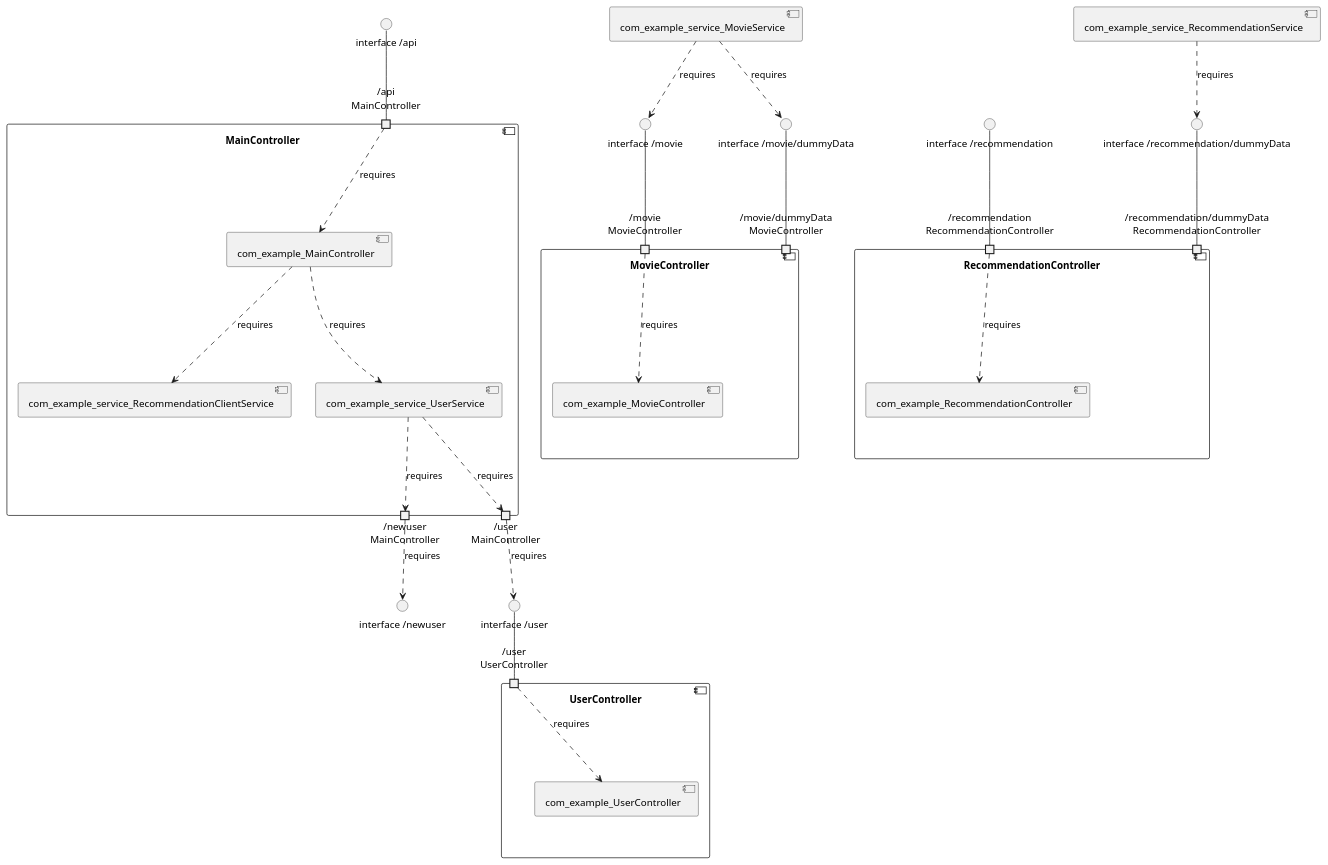
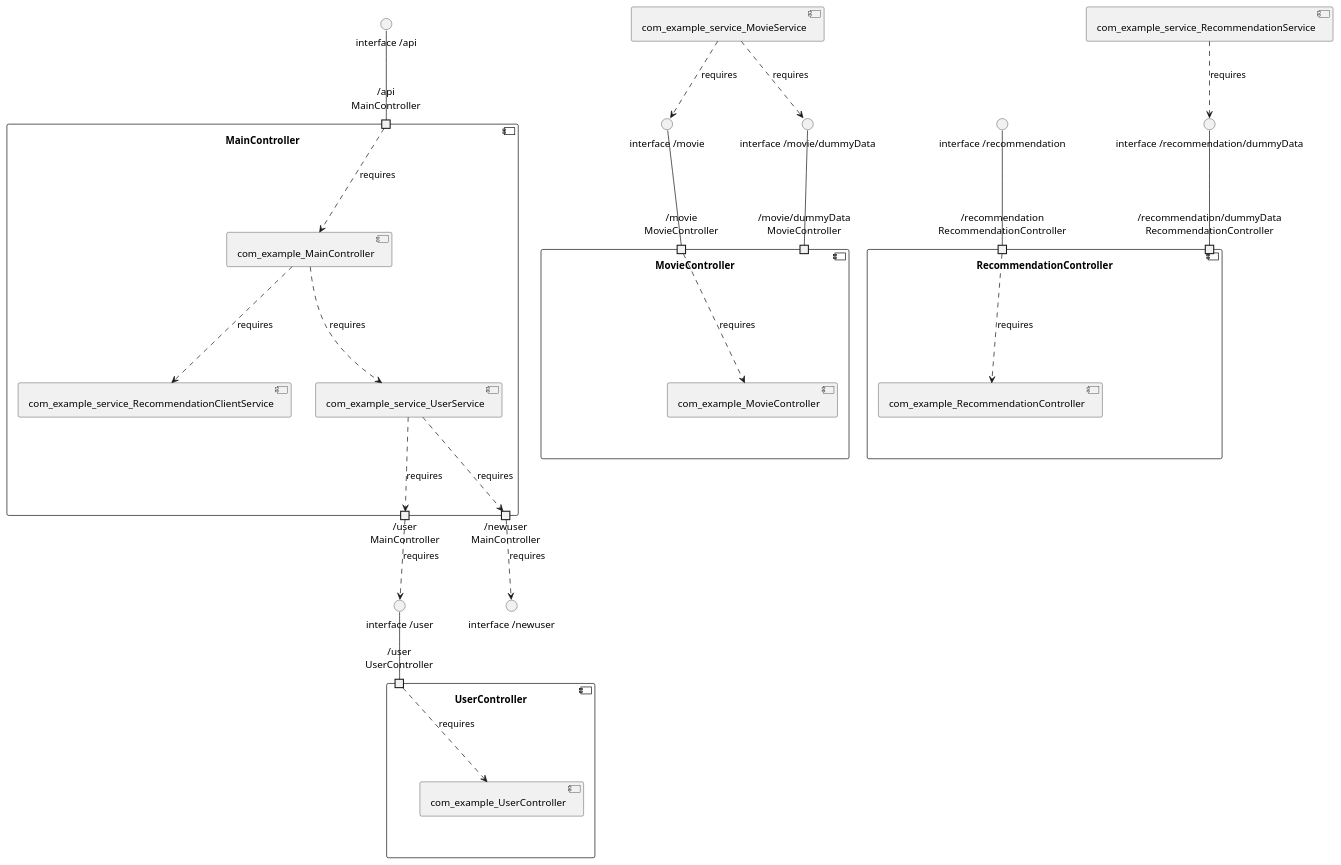
One commit to View-Based-Reverse-Engineering/Retriever-Benchmark changed the diagram in spring-cloud-movie-recommendation/model_re/uml/componentDiagram.puml. Above: the diagram before and after it, drawn with PlantUML. The commit also changed other lines of this file and 132 other files, not shown here.

```diff
--- a/spring-cloud-movie-recommendation/model_re/uml/componentDiagram.puml
+++ b/spring-cloud-movie-recommendation/model_re/uml/componentDiagram.puml
@@ -1,45 +1,45 @@
 @startuml
 skinparam fixCircleLabelOverlapping true
 component "MainController\n\n\n\n\n\n" {
+[com_example_MainController]
+[com_example_service_UserService]
 [com_example_service_RecommendationClientService]
-[com_example_service_UserService]
-[com_example_MainController]
 portin "/api\nMainController"
+portout "/user\nMainController"
 portout "/newuser\nMainController"
-portout "/user\nMainController"
 [com_example_MainController]..>[com_example_service_UserService] : requires
 [com_example_MainController]..>[com_example_service_RecommendationClientService] : requires
 "/api\nMainController"..>[com_example_MainController] : requires
 [com_example_service_UserService]..>"/user\nMainController" : requires
 [com_example_service_UserService]..>"/newuser\nMainController" : requires
 }
 "interface /api"--"/api\nMainController"
 "/user\nMainController"..>"interface /user" : requires
 "/newuser\nMainController"..>"interface /newuser" : requires
 component "MovieController\n\n\n\n\n\n" {
 [com_example_MovieController]
+portin "/movie/dummyData\nMovieController"
 portin "/movie\nMovieController"
-portin "/movie/dummyData\nMovieController"
 "/movie\nMovieController"..>[com_example_MovieController] : requires
 }
 "interface /movie"--"/movie\nMovieController"
 "interface /movie/dummyData"--"/movie/dummyData\nMovieController"
 component "RecommendationController\n\n\n\n\n\n" {
 [com_example_RecommendationController]
 portin "/recommendation\nRecommendationController"
 portin "/recommendation/dummyData\nRecommendationController"
 "/recommendation\nRecommendationController"..>[com_example_RecommendationController] : requires
 }
 "interface /recommendation"--"/recommendation\nRecommendationController"
 "interface /recommendation/dummyData"--"/recommendation/dummyData\nRecommendationController"
 component "UserController\n\n\n\n\n\n" {
 [com_example_UserController]
 portin "/user\nUserController"
 "/user\nUserController"..>[com_example_UserController] : requires
 }
 "interface /user"--"/user\nUserController"
 [com_example_service_MovieService]..>"interface /movie" : requires
 [com_example_service_MovieService]..>"interface /movie/dummyData" : requires
 [com_example_service_RecommendationService]..>"interface /recommendation/dummyData" : requires
 
 @enduml
```
